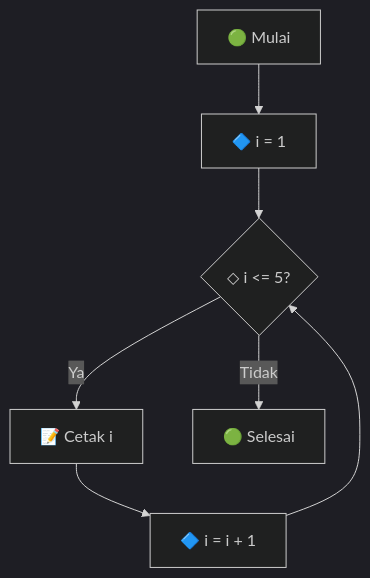
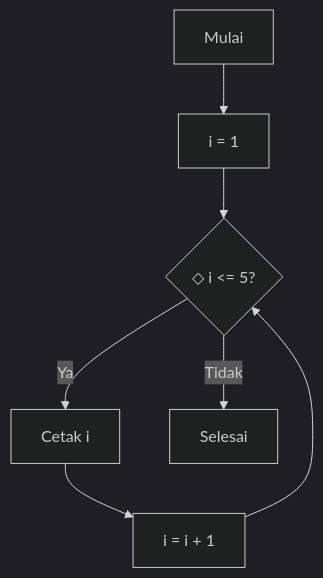
The fourth of 7 diagrams in Semester 1 2025/10 RPL D.Kej 2/08. flowchart.md (Elka1106/Kartika), drawn with Mermaid (dark theme) before and after one commit. The commit also changed other lines of this file, not shown here.

Commit message:
Update 08. flowchart.md

````diff
--- a/Semester 1 2025/10 RPL D.Kej 2/08. flowchart.md
+++ b/Semester 1 2025/10 RPL D.Kej 2/08. flowchart.md
@@ -76,9 +76,9 @@
 ```mermaid
 graph TD
-    A[🟢 Mulai] --> B[🔷 i = 1]
+    A[ Mulai] --> B[ i = 1]
     B --> C{◇ i <= 5?}
-    C -->|Ya| D[📝 Cetak i]
-    D --> E[🔷 i = i + 1]
+    C -->|Ya| D[ Cetak i]
+    D --> E[ i = i + 1]
     E --> C
-    C -->|Tidak| F[🟢 Selesai]
+    C -->|Tidak| F[ Selesai]
 ```
````
